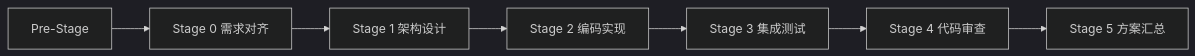
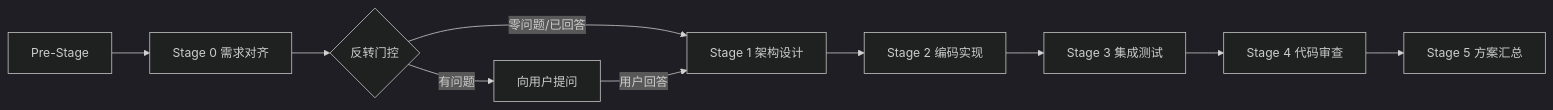
One commit to 1234567KF/ChronoCoding changed the diagram in .claude/skills/kf-multi-team-compete/pipeline.md. Above: the diagram before and after it, drawn with Mermaid (dark theme). The commit also changed other lines of this file and 177 other files, not shown here.

````diff
--- a/.claude/skills/kf-multi-team-compete/pipeline.md
+++ b/.claude/skills/kf-multi-team-compete/pipeline.md
@@ -72,9 +72,12 @@
 ```mermaid
 graph LR
     PS[Pre-Stage] --> S0[Stage 0 需求对齐]
-    S0 --> S1[Stage 1 架构设计]
+    S0 --> IG{反转门控}
+    IG -->|零问题/已回答| S1[Stage 1 架构设计]
+    IG -->|有问题| Q[向用户提问]
+    Q -->|用户回答| S1
     S1 --> S2[Stage 2 编码实现]
     S2 --> S3[Stage 3 集成测试]
     S3 --> S4[Stage 4 代码审查]
     S4 --> S5[Stage 5 方案汇总]
 ```
````
